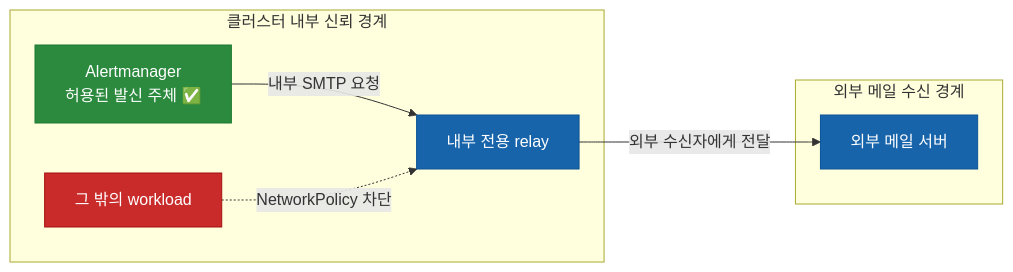
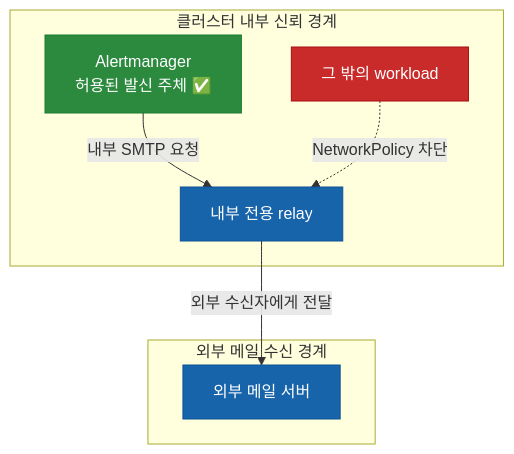
Before and after one commit to ibocon/ibocon: the first of 2 diagrams in blog/kubernetes-alertmanager-postfix-open-relay.md, drawn with Mermaid. The commit also changed other lines of this file, not shown here.

````diff
--- a/blog/kubernetes-alertmanager-postfix-open-relay.md
+++ b/blog/kubernetes-alertmanager-postfix-open-relay.md
@@ -49,16 +49,16 @@
 ```mermaid
-flowchart LR
+flowchart TB
     subgraph 클러스터 내부 신뢰 경계
         A[Alertmanager<br/>허용된 발신 주체 ✅] -->|내부 SMTP 요청| B[내부 전용 relay]
         D[그 밖의 workload] -.->|NetworkPolicy 차단| B
     end
     subgraph 외부 메일 수신 경계
         C[외부 메일 서버]
     end
     B -->|외부 수신자에게 전달| C
 
     style A fill:#2b8a3e,stroke:#1b7a2e,color:#fff
     style B fill:#1864ab,stroke:#0c5296,color:#fff
     style C fill:#1864ab,stroke:#0c5296,color:#fff
     style D fill:#c92a2a,stroke:#a51111,color:#fff
 ```
````
